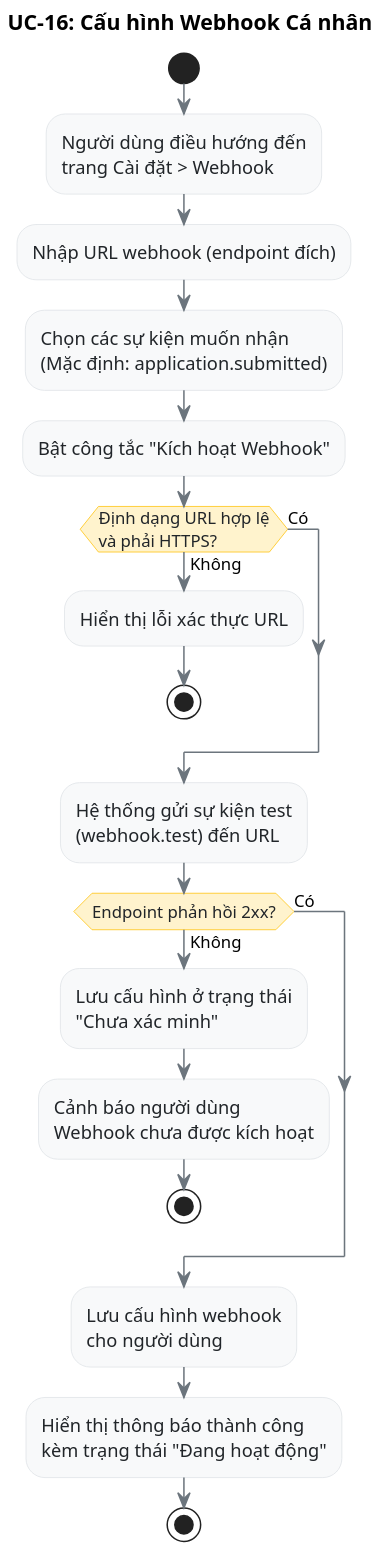
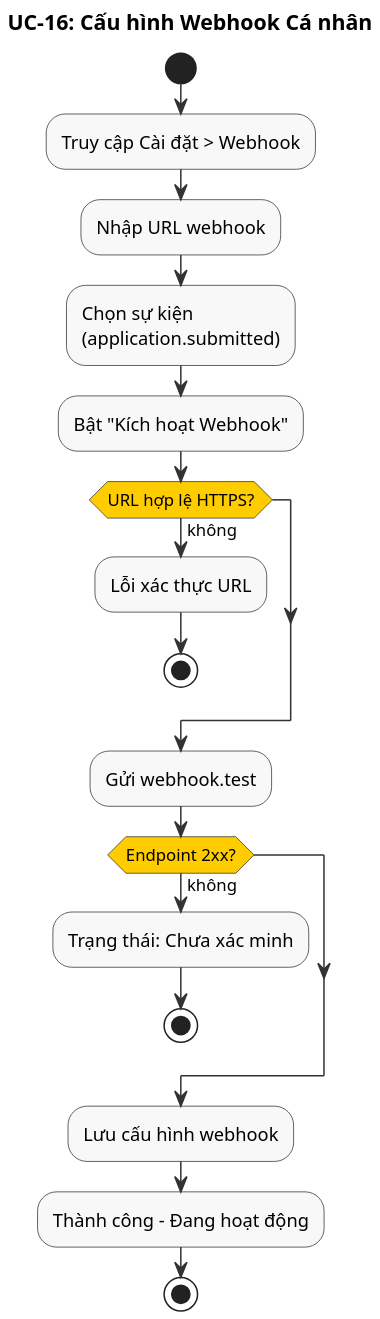
The diagram in modules/recr/diagrams/activity/uc16-webhook-config-activity.puml (namnh240795/document), drawn with PlantUML before and after one commit. The commit also changed 23 other files, not shown here.

First line of the commit message:
refactor(recr): standardize diagram style for UC-16 to UC-19

```diff
--- a/modules/recr/diagrams/activity/uc16-webhook-config-activity.puml
+++ b/modules/recr/diagrams/activity/uc16-webhook-config-activity.puml
@@ -1,42 +1,42 @@
-@startuml uc16-webhook-config-activity
+@startuml
+' UC-16: Cấu hình Webhook Cá nhân - Sơ đồ Hoạt động
+skinparam dpi 200
+skinparam activity {
+  BackgroundColor #F8F8F8
+  BorderColor #333333
+  ArrowColor #333333
+  DiamondBackgroundColor #FFCC00
+  DiamondBorderColor #333333
+}
+
 title UC-16: Cấu hình Webhook Cá nhân
-skinparam dpi 200
-skinparam activityBackgroundColor #f8f9fa
-skinparam activityBorderColor #dee2e6
-skinparam activityFontColor #212529
-skinparam activityDiamondBackgroundColor #fff3cd
-skinparam activityDiamondBorderColor #ffc107
-skinparam arrowColor #6c757d
 
 start
 
-:Người dùng điều hướng đến\ntrang Cài đặt > Webhook;
+:Truy cập Cài đặt > Webhook;
 
-:Nhập URL webhook (endpoint đích);
+:Nhập URL webhook;
 
-:Chọn các sự kiện muốn nhận\n(Mặc định: application.submitted);
+:Chọn sự kiện\n(application.submitted);
 
-:Bật công tắc "Kích hoạt Webhook";
+:Bật "Kích hoạt Webhook";
 
-if (Định dạng URL hợp lệ\nvà phải HTTPS?) then (Không)
-  :Hiển thị lỗi xác thực URL;
+if (URL hợp lệ HTTPS?) then (không)
+  :Lỗi xác thực URL;
   stop
-else (Có)
 endif
 
-:Hệ thống gửi sự kiện test\n(webhook.test) đến URL;
+:Gửi webhook.test;
 
-if (Endpoint phản hồi 2xx?) then (Không)
-  :Lưu cấu hình ở trạng thái\n"Chưa xác minh";
-  :Cảnh báo người dùng\nWebhook chưa được kích hoạt;
+if (Endpoint 2xx?) then (không)
+  :Trạng thái: Chưa xác minh;
   stop
-else (Có)
 endif
 
-:Lưu cấu hình webhook\ncho người dùng;
+:Lưu cấu hình webhook;
 
-:Hiển thị thông báo thành công\nkèm trạng thái "Đang hoạt động";
+:Thành công - Đang hoạt động;
 
 stop
 
 @enduml
```
